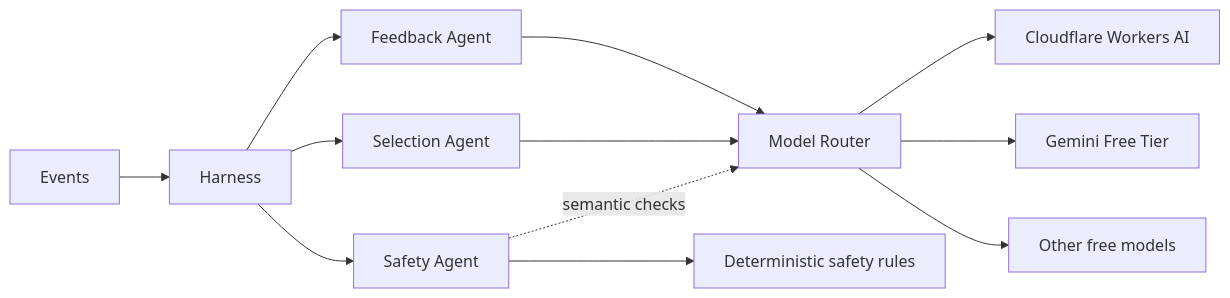
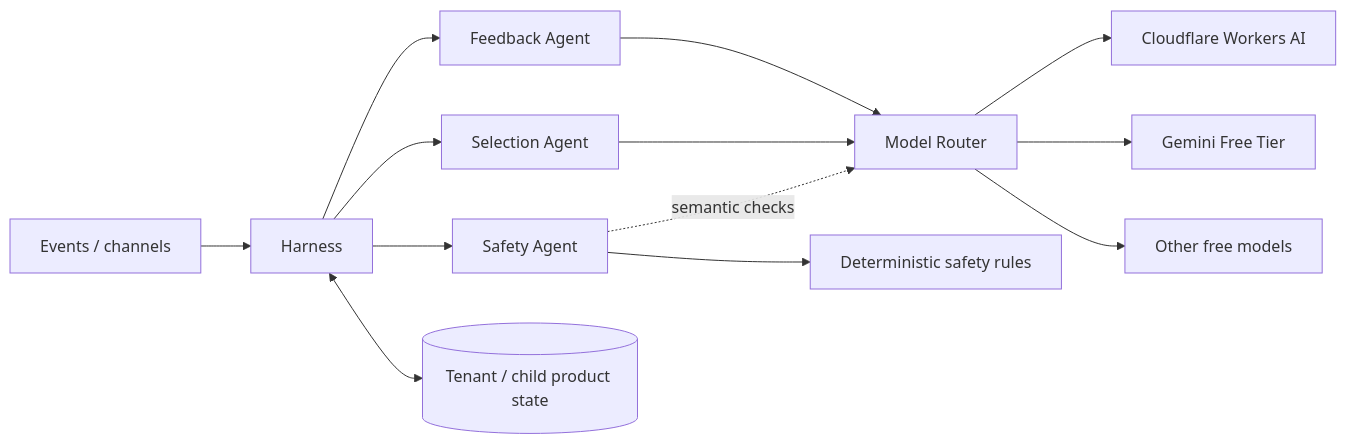
Before and after one commit to LukshinVI/game-of-the-day: the second of 2 diagrams in README.md, drawn with Mermaid. The commit also changed other lines of this file, not shown here.

Commit message:
docs: link product roadmap and update product direction

````diff
--- a/README.md
+++ b/README.md
@@ -97,14 +181,15 @@
 ```mermaid
 flowchart LR
-    E[Events] --> H[Harness]
+    E[Events / channels] --> H[Harness]
     H --> FA[Feedback Agent]
     H --> SA[Selection Agent]
     H --> SAFE[Safety Agent]
+    H <--> STATE[(Tenant / child product state)]
     FA --> MR[Model Router]
     SA --> MR
     SAFE --> RULES[Deterministic safety rules]
     SAFE -. semantic checks .-> MR
     MR --> CF[Cloudflare Workers AI]
     MR --> GM[Gemini Free Tier]
     MR --> O[Other free models]
 ```
````
